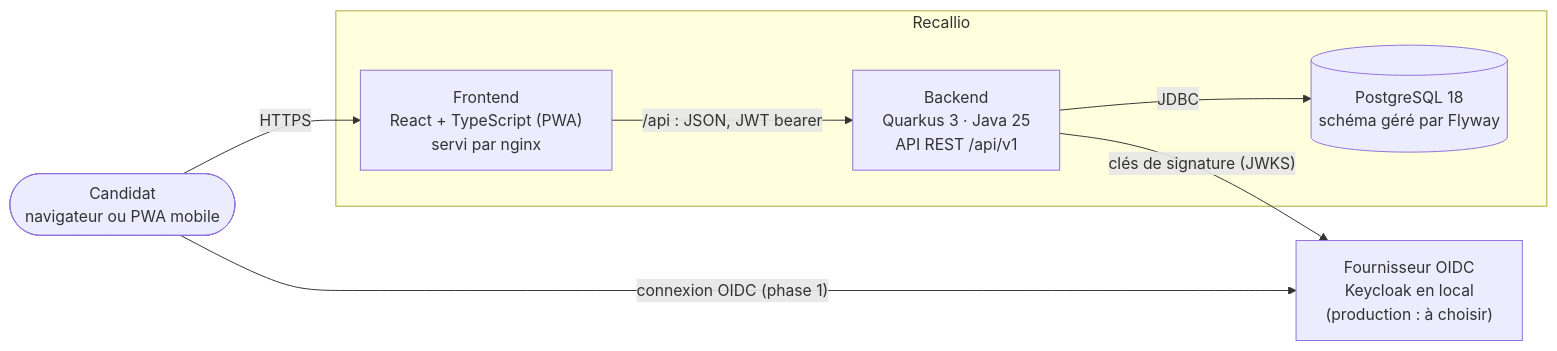
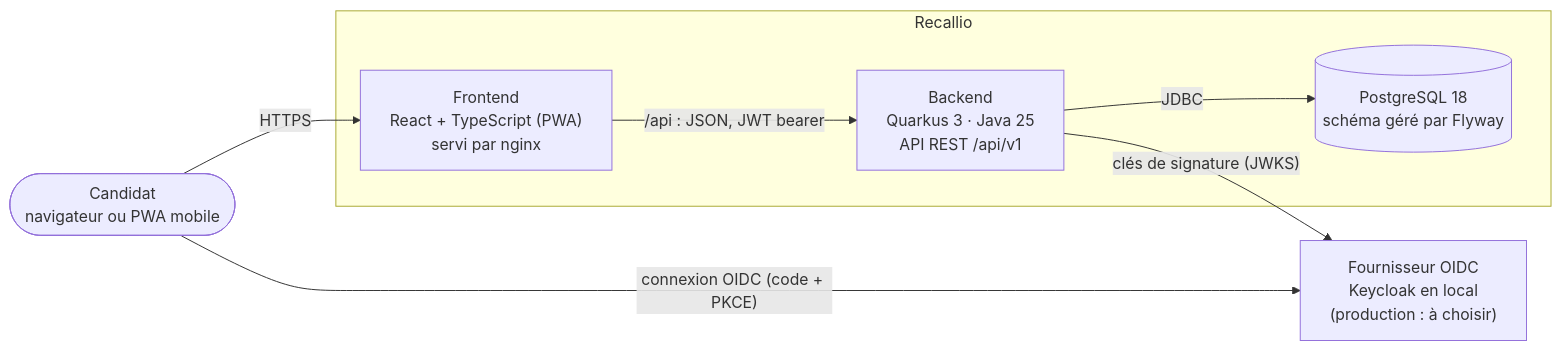
Before and after one commit to potichacha/recallio: the first of 4 diagrams in docs/architecture.md, drawn with Mermaid. The commit also changed other lines of this file and 41 other files, not shown here.

Commit message:
feat(user): OIDC sign-in in the PWA and user profile created on first login (#18)

````diff
--- a/docs/architecture.md
+++ b/docs/architecture.md
@@ -8,18 +8,18 @@
 ```mermaid
 flowchart LR
     user([Candidat<br/>navigateur ou PWA mobile])
 
     subgraph recallio [Recallio]
         front["Frontend<br/>React + TypeScript (PWA)<br/>servi par nginx"]
         back["Backend<br/>Quarkus 3 · Java 25<br/>API REST /api/v1"]
         db[("PostgreSQL 18<br/>schéma géré par Flyway")]
     end
 
     idp["Fournisseur OIDC<br/>Keycloak en local<br/>(production : à choisir)"]
 
     user -- HTTPS --> front
-    user -- "connexion OIDC (phase 1)" --> idp
+    user -- "connexion OIDC (code + PKCE)" --> idp
     front -- "/api : JSON, JWT bearer" --> back
     back -- JDBC --> db
     back -- "clés de signature (JWKS)" --> idp
 ```
````
